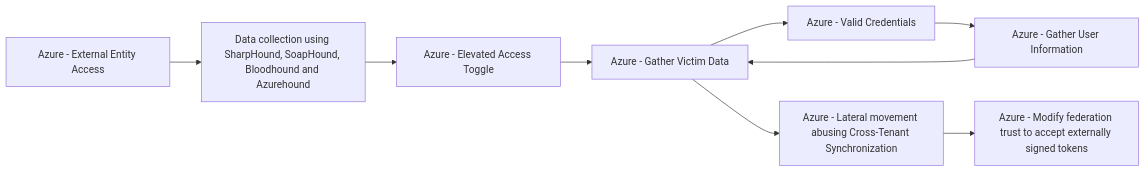
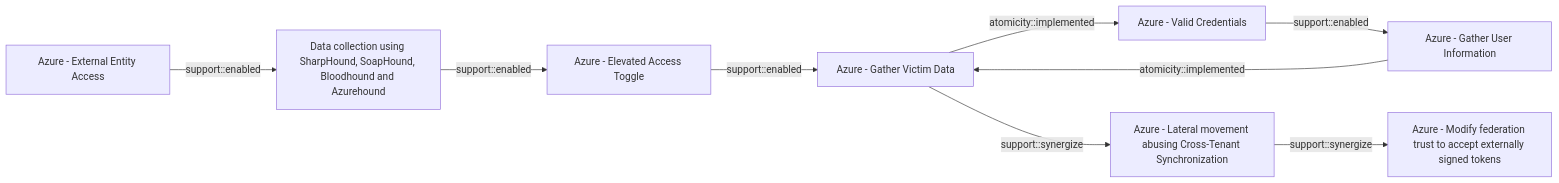
One commit to opentidehq/library changed the diagram in docs/threats/azure-external-entity-access.md. Above: the diagram before and after it, drawn with Mermaid. The commit also changed other lines of this file and 277 other files, not shown here.

````diff
--- a/docs/threats/azure-external-entity-access.md
+++ b/docs/threats/azure-external-entity-access.md
@@ -74,20 +111,19 @@
 ```mermaid
 flowchart LR
 31e7f292_8370_4255_861d_edd68ed8b7b0["Azure - External Entity Access"]
 53063205_4404_4e6d_a2f5_d566c6085d96["Data collection using SharpHound, SoapHound, Bloodhound and Azurehound"]
 10a89280_d42e_446d_9f8d_840b1218f532["Azure - Elevated Access Toggle"]
 4e7eae8e_6615_41f2_bfe1_21a04f7a6088["Azure - Gather Victim Data"]
 2743bf18_3b86_4721_bf3e_153dcda0b149["Azure - Valid Credentials"]
 2900d389_3098_49d3_8166_5b2612d03576["Azure - Gather User Information"]
-4e7eae8e_6615_41f2_bfe1_21a04f7a6088["Azure - Gather Victim Data"]
 2fd1cddb_c66d_4a99_9779_31e32b67495e["Azure - Lateral movement abusing Cross-Tenant Synchronization"]
 9bb31c65_8abd_48fc_afe3_8aca76109737["Azure - Modify federation trust to accept externally signed tokens"]
-31e7f292_8370_4255_861d_edd68ed8b7b0 --> 53063205_4404_4e6d_a2f5_d566c6085d96
-53063205_4404_4e6d_a2f5_d566c6085d96 --> 10a89280_d42e_446d_9f8d_840b1218f532
-10a89280_d42e_446d_9f8d_840b1218f532 --> 4e7eae8e_6615_41f2_bfe1_21a04f7a6088
-4e7eae8e_6615_41f2_bfe1_21a04f7a6088 --> 2743bf18_3b86_4721_bf3e_153dcda0b149
-2743bf18_3b86_4721_bf3e_153dcda0b149 --> 2900d389_3098_49d3_8166_5b2612d03576
-2900d389_3098_49d3_8166_5b2612d03576 --> 4e7eae8e_6615_41f2_bfe1_21a04f7a6088
-4e7eae8e_6615_41f2_bfe1_21a04f7a6088 --> 2fd1cddb_c66d_4a99_9779_31e32b67495e
-2fd1cddb_c66d_4a99_9779_31e32b67495e --> 9bb31c65_8abd_48fc_afe3_8aca76109737
+31e7f292_8370_4255_861d_edd68ed8b7b0 -->|support::enabled| 53063205_4404_4e6d_a2f5_d566c6085d96
+53063205_4404_4e6d_a2f5_d566c6085d96 -->|support::enabled| 10a89280_d42e_446d_9f8d_840b1218f532
+10a89280_d42e_446d_9f8d_840b1218f532 -->|support::enabled| 4e7eae8e_6615_41f2_bfe1_21a04f7a6088
+4e7eae8e_6615_41f2_bfe1_21a04f7a6088 -->|atomicity::implemented| 2743bf18_3b86_4721_bf3e_153dcda0b149
+2743bf18_3b86_4721_bf3e_153dcda0b149 -->|support::enabled| 2900d389_3098_49d3_8166_5b2612d03576
+2900d389_3098_49d3_8166_5b2612d03576 -->|atomicity::implemented| 4e7eae8e_6615_41f2_bfe1_21a04f7a6088
+4e7eae8e_6615_41f2_bfe1_21a04f7a6088 -->|support::synergize| 2fd1cddb_c66d_4a99_9779_31e32b67495e
+2fd1cddb_c66d_4a99_9779_31e32b67495e -->|support::synergize| 9bb31c65_8abd_48fc_afe3_8aca76109737
 ```
````
